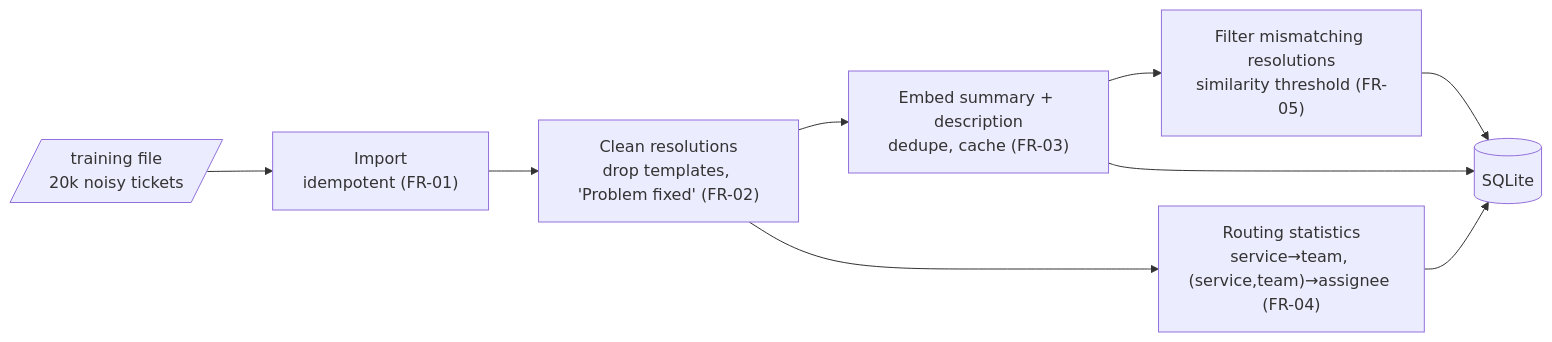
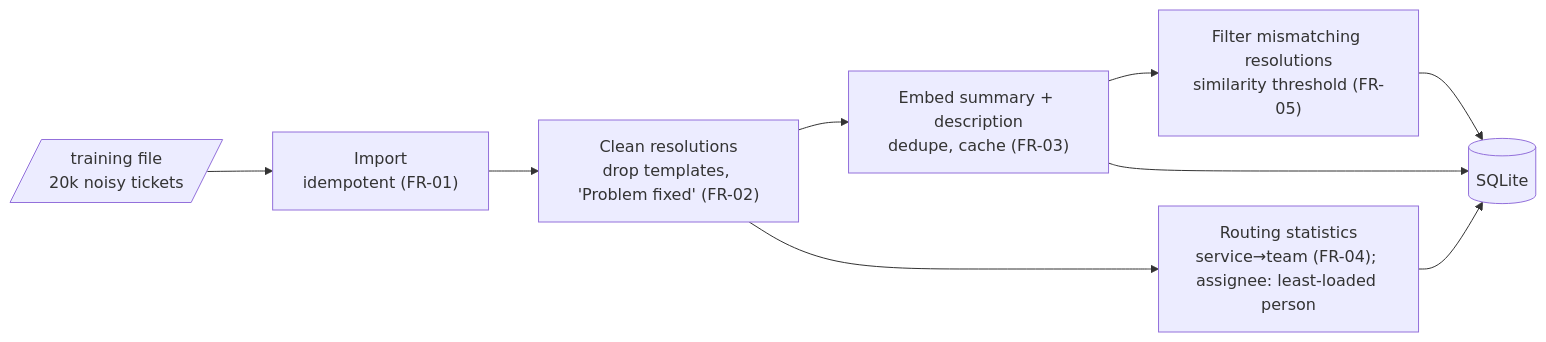
The third of 8 diagrams in docs/architecture.md (githubfawu/TriAIge), drawn with Mermaid before and after one commit. The commit also changed other lines of this file and 28 other files, not shown here.

````diff
--- a/docs/architecture.md
+++ b/docs/architecture.md
@@ -67,9 +67,9 @@
 ```mermaid
 flowchart LR
     json[/training file<br/>20k noisy tickets/] --> imp["Import<br/>idempotent (FR-01)"]
     imp --> clean["Clean resolutions<br/>drop templates, 'Problem fixed' (FR-02)"]
     clean --> emb["Embed summary + description<br/>dedupe, cache (FR-03)"]
-    clean --> stats["Routing statistics<br/>service→team, (service,team)→assignee (FR-04)"]
+    clean --> stats["Routing statistics<br/>service→team (FR-04); assignee: least-loaded person"]
     emb --> filt["Filter mismatching resolutions<br/>similarity threshold (FR-05)"]
     emb & stats & filt --> db[(SQLite)]
 ```
````
